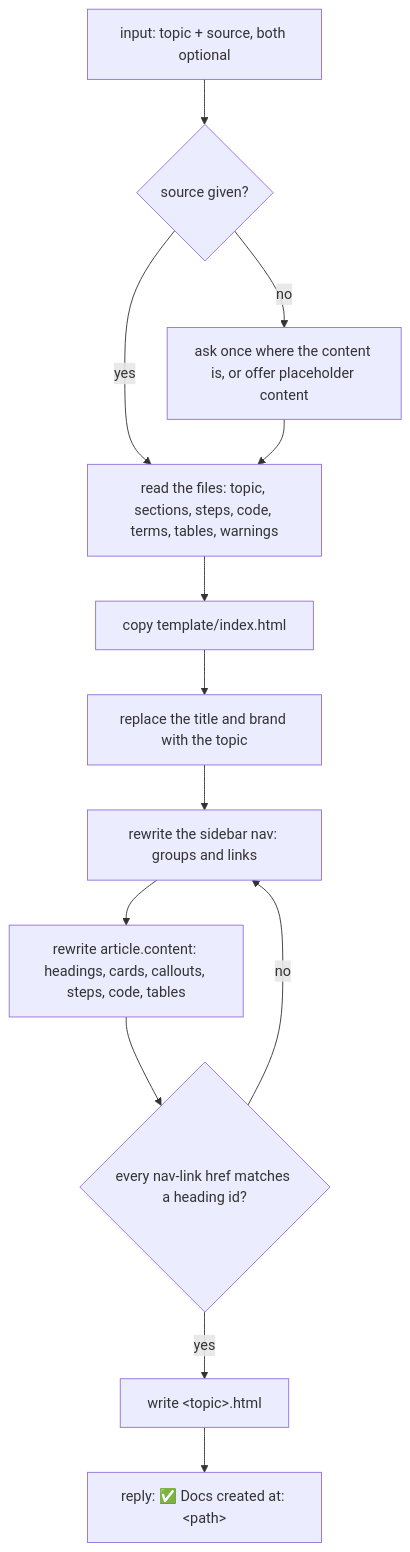
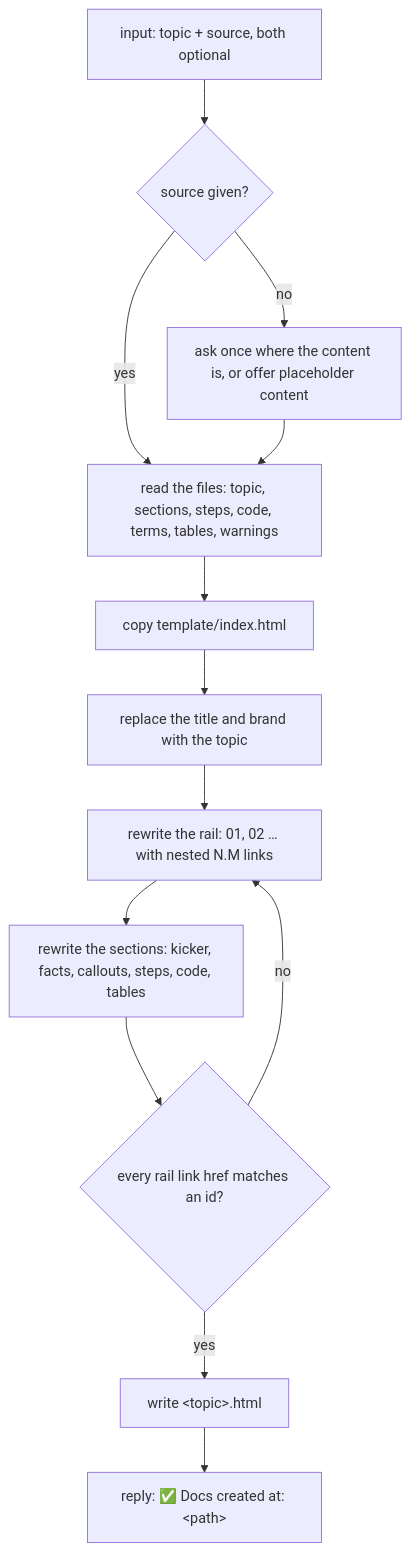
Before and after one commit to naphatwx/naphatwx-tools: the diagram in plugins/naphatwx-tools/skills/html-document/README.md, drawn with Mermaid. The commit also changed other lines of this file and 9 other files, not shown here.

````diff
--- a/plugins/naphatwx-tools/skills/html-document/README.md
+++ b/plugins/naphatwx-tools/skills/html-document/README.md
@@ -22,15 +22,15 @@
 ```mermaid
 graph TD
     IN["input: topic + source, both optional"] --> SRC{source given?}
     SRC -->|yes| READ[read the files: topic, sections, steps, code, terms, tables, warnings]
     SRC -->|no| ASK[ask once where the content is, or offer placeholder content]
     ASK --> READ
     READ --> COPY[copy template/index.html]
     COPY --> FILL[replace the title and brand with the topic]
-    FILL --> NAV[rewrite the sidebar nav: groups and links]
-    NAV --> ART["rewrite article.content: headings, cards, callouts, steps, code, tables"]
-    ART --> CHK{every nav-link href matches a heading id?}
+    FILL --> NAV["rewrite the rail: 01, 02 … with nested N.M links"]
+    NAV --> ART["rewrite the sections: kicker, facts, callouts, steps, code, tables"]
+    ART --> CHK{every rail link href matches an id?}
     CHK -->|no| NAV
     CHK -->|yes| OUT["write #lt;topic#gt;.html"]
     OUT --> MSG["reply: ✅ Docs created at: #lt;path#gt;"]
 ```
````
